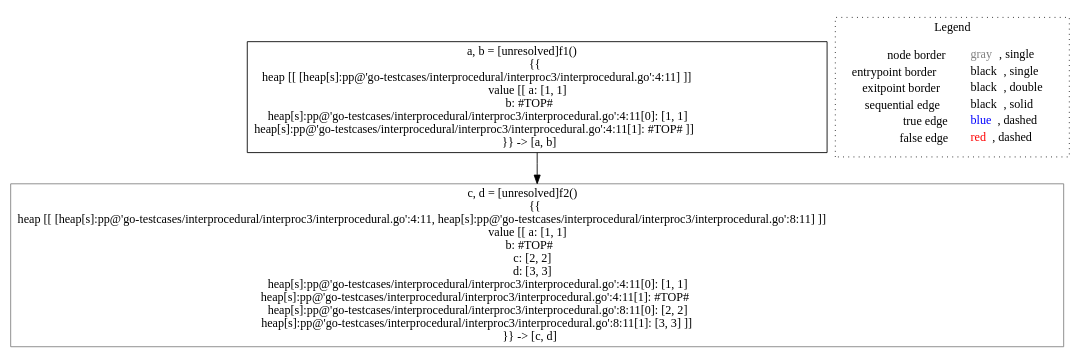
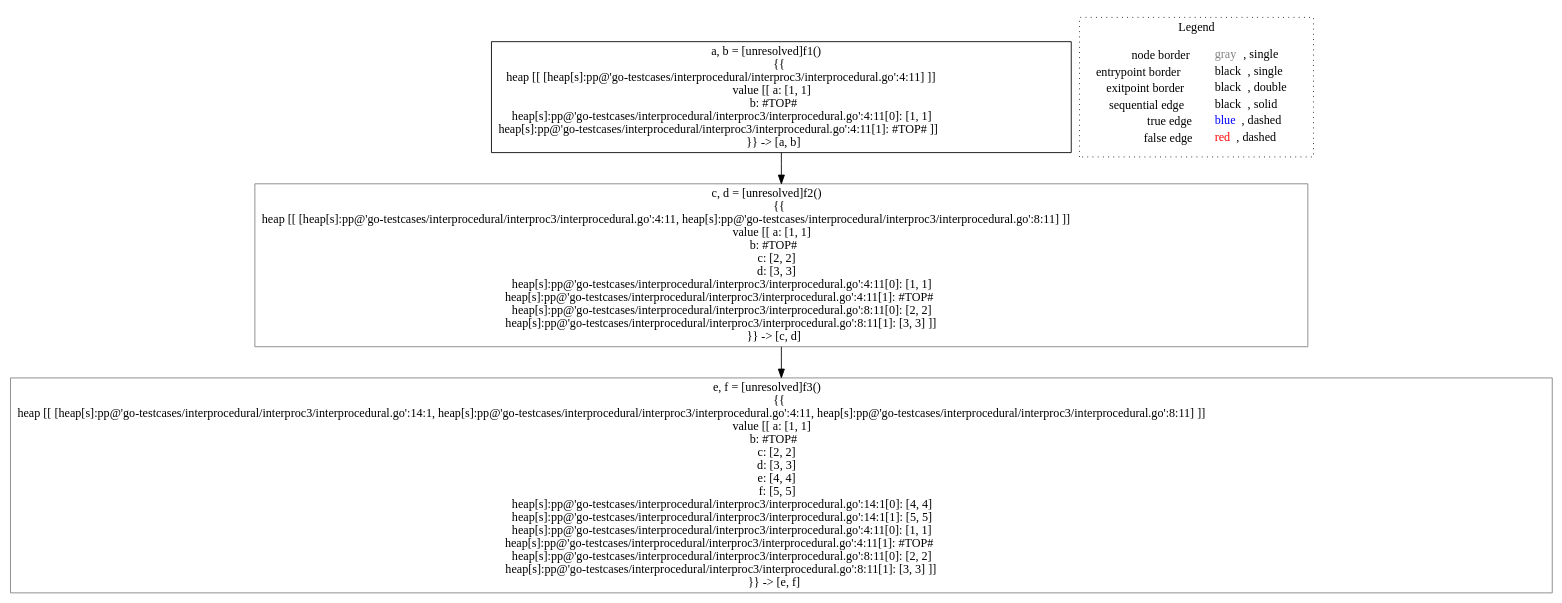
The diagram in go-lisa/go-testcases/interprocedural/interproc3/analysis___untyped_~LiSAProgram.main().dot (lisa-analyzer/go-lisa), drawn with Graphviz before and after one commit. The commit also changed 11 other files, not shown here.

```diff
--- a/go-lisa/go-testcases/interprocedural/interproc3/analysis___untyped_~LiSAProgram.main().dot
+++ b/go-lisa/go-testcases/interprocedural/interproc3/analysis___untyped_~LiSAProgram.main().dot
@@ -1,12 +1,14 @@
 digraph {
 	"node0" [shape="rect",color="black",label=<a, b = [unresolved]f1()<BR/>{{<BR/>heap [[ [heap[s]:pp@'go-testcases/interprocedural/interproc3/interprocedural.go':4:11] ]]<BR/>value [[ a: [1, 1]<BR/>b: #TOP#<BR/>heap[s]:pp@'go-testcases/interprocedural/interproc3/interprocedural.go':4:11[0]: [1, 1]<BR/>heap[s]:pp@'go-testcases/interprocedural/interproc3/interprocedural.go':4:11[1]: #TOP# ]]<BR/>}} -&gt; [a, b]>];
-	"node1" [shape="rect",color="gray",label=<c, d = [unresolved]f2()<BR/>{{<BR/>heap [[ [heap[s]:pp@'go-testcases/interprocedural/interproc3/interprocedural.go':4:11, heap[s]:pp@'go-testcases/interprocedural/interproc3/interprocedural.go':8:11] ]]<BR/>value [[ a: [1, 1]<BR/>b: #TOP#<BR/>c: [2, 2]<BR/>d: [3, 3]<BR/>heap[s]:pp@'go-testcases/interprocedural/interproc3/interprocedural.go':4:11[0]: [1, 1]<BR/>heap[s]:pp@'go-testcases/interprocedural/interproc3/interprocedural.go':4:11[1]: #TOP#<BR/>heap[s]:pp@'go-testcases/interprocedural/interproc3/interprocedural.go':8:11[0]: [2, 2]<BR/>heap[s]:pp@'go-testcases/interprocedural/interproc3/interprocedural.go':8:11[1]: [3, 3] ]]<BR/>}} -&gt; [c, d]>];
-	"node0" -> "node1" [color="black"];
+	"node1" [shape="rect",color="gray",label=<e, f = [unresolved]f3()<BR/>{{<BR/>heap [[ [heap[s]:pp@'go-testcases/interprocedural/interproc3/interprocedural.go':14:1, heap[s]:pp@'go-testcases/interprocedural/interproc3/interprocedural.go':4:11, heap[s]:pp@'go-testcases/interprocedural/interproc3/interprocedural.go':8:11] ]]<BR/>value [[ a: [1, 1]<BR/>b: #TOP#<BR/>c: [2, 2]<BR/>d: [3, 3]<BR/>e: [4, 4]<BR/>f: [5, 5]<BR/>heap[s]:pp@'go-testcases/interprocedural/interproc3/interprocedural.go':14:1[0]: [4, 4]<BR/>heap[s]:pp@'go-testcases/interprocedural/interproc3/interprocedural.go':14:1[1]: [5, 5]<BR/>heap[s]:pp@'go-testcases/interprocedural/interproc3/interprocedural.go':4:11[0]: [1, 1]<BR/>heap[s]:pp@'go-testcases/interprocedural/interproc3/interprocedural.go':4:11[1]: #TOP#<BR/>heap[s]:pp@'go-testcases/interprocedural/interproc3/interprocedural.go':8:11[0]: [2, 2]<BR/>heap[s]:pp@'go-testcases/interprocedural/interproc3/interprocedural.go':8:11[1]: [3, 3] ]]<BR/>}} -&gt; [e, f]>];
+	"node2" [shape="rect",color="gray",label=<c, d = [unresolved]f2()<BR/>{{<BR/>heap [[ [heap[s]:pp@'go-testcases/interprocedural/interproc3/interprocedural.go':4:11, heap[s]:pp@'go-testcases/interprocedural/interproc3/interprocedural.go':8:11] ]]<BR/>value [[ a: [1, 1]<BR/>b: #TOP#<BR/>c: [2, 2]<BR/>d: [3, 3]<BR/>heap[s]:pp@'go-testcases/interprocedural/interproc3/interprocedural.go':4:11[0]: [1, 1]<BR/>heap[s]:pp@'go-testcases/interprocedural/interproc3/interprocedural.go':4:11[1]: #TOP#<BR/>heap[s]:pp@'go-testcases/interprocedural/interproc3/interprocedural.go':8:11[0]: [2, 2]<BR/>heap[s]:pp@'go-testcases/interprocedural/interproc3/interprocedural.go':8:11[1]: [3, 3] ]]<BR/>}} -&gt; [c, d]>];
+	"node2" -> "node1" [color="black"];
+	"node0" -> "node2" [color="black"];
 subgraph cluster_legend {
 	label="Legend";
 	style=dotted;
 	node [shape=plaintext];
 	"legend" [label=<<table border="0" cellpadding="2" cellspacing="0" cellborder="0"><tr><td align="right">node border&nbsp;</td><td align="left"><font color="gray">gray</font>, single</td></tr><tr><td align="right">entrypoint border&nbsp;</td><td align="left"><font color="black">black</font>, single</td></tr><tr><td align="right">exitpoint border&nbsp;</td><td align="left"><font color="black">black</font>, double</td></tr><tr><td align="right">sequential edge&nbsp;</td><td align="left"><font color="black">black</font>, solid</td></tr><tr><td align="right">true edge&nbsp;</td><td align="left"><font color="blue">blue</font>, dashed</td></tr><tr><td align="right">false edge&nbsp;</td><td align="left"><font color="red">red</font>, dashed</td></tr></table>>];
 }
 
 }
```
